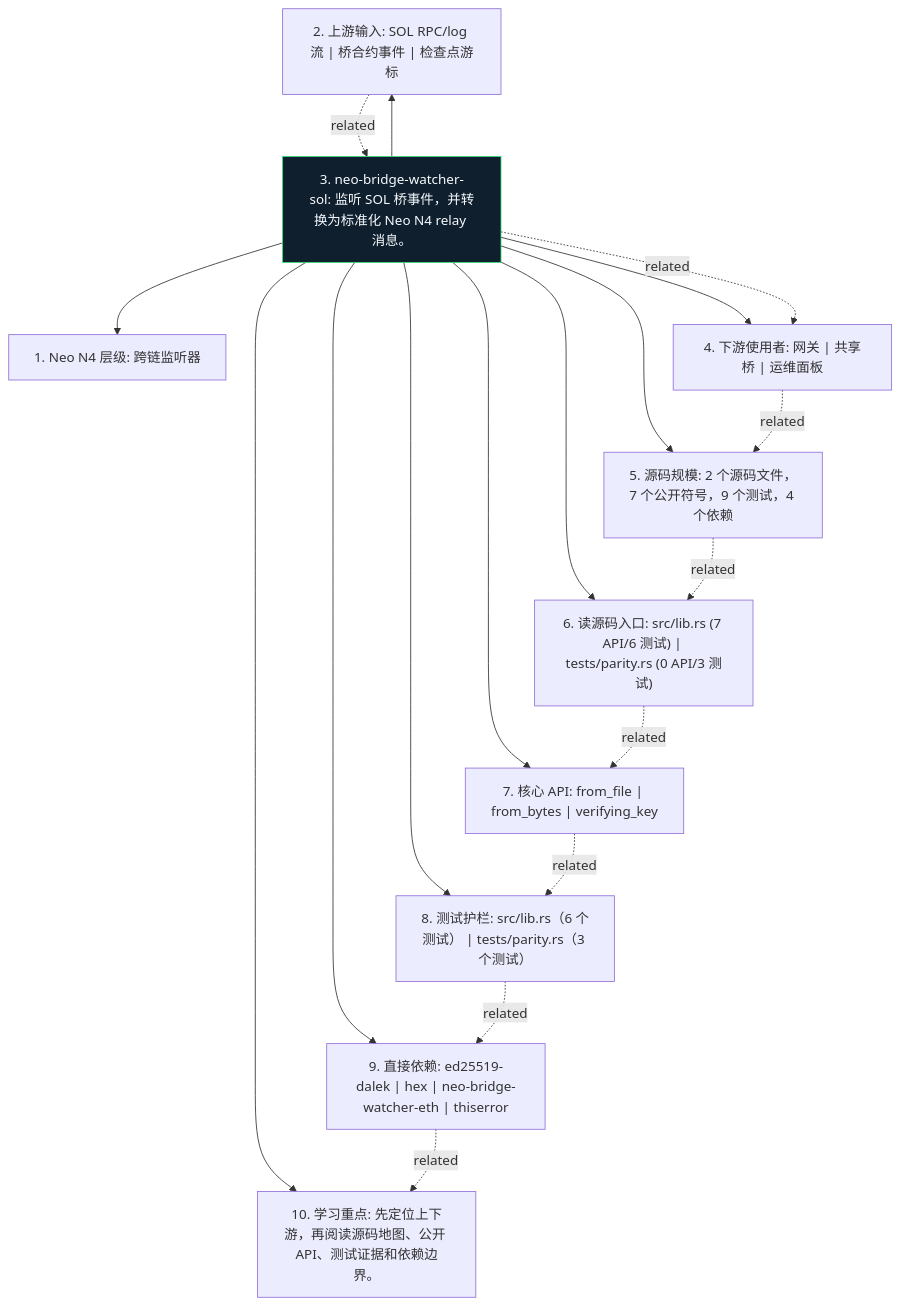
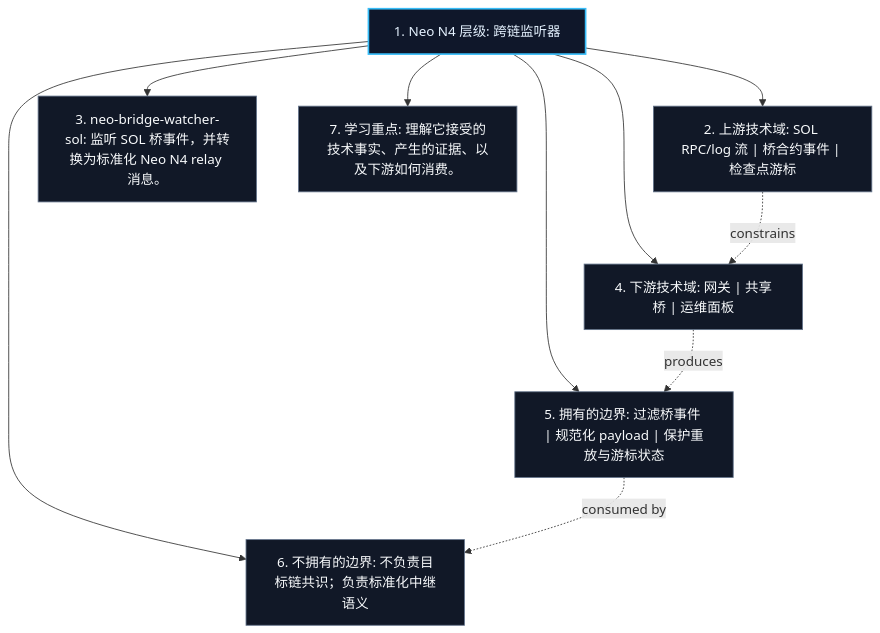
The diagram in watchers/neo-bridge-watcher-sol/docs/figures/position.zh.mmd (r3e-network/neo-n4), drawn with Mermaid before and after one commit. The commit also changed 515 other files, not shown here.

Commit message:
Replace crate diagrams with technical views

```diff
--- a/watchers/neo-bridge-watcher-sol/docs/figures/position.zh.mmd
+++ b/watchers/neo-bridge-watcher-sol/docs/figures/position.zh.mmd
@@ -1,30 +1,21 @@
 flowchart TB
     N1["1. Neo N4 层级: 跨链监听器"]
-    N2["2. 上游输入: SOL RPC/log 流 | 桥合约事件 | 检查点游标"]
+    N2["2. 上游技术域: SOL RPC/log 流 | 桥合约事件 | 检查点游标"]
     N3["3. neo-bridge-watcher-sol: 监听 SOL 桥事件，并转换为标准化 Neo N4 relay 消息。"]
-    N4["4. 下游使用者: 网关 | 共享桥 | 运维面板"]
-    N5["5. 源码规模: 2 个源码文件，7 个公开符号，9 个测试，4 个依赖"]
-    N6["6. 读源码入口: src/lib.rs (7 API/6 测试) | tests/parity.rs (0 API/3 测试)"]
-    N7["7. 核心 API: from_file | from_bytes | verifying_key"]
-    N8["8. 测试护栏: src/lib.rs（6 个测试） | tests/parity.rs（3 个测试）"]
-    N9["9. 直接依赖: ed25519-dalek | hex | neo-bridge-watcher-eth | thiserror"]
-    N10["10. 学习重点: 先定位上下游，再阅读源码地图、公开 API、测试证据和依赖边界。"]
-    N3 --> N1
-    N3 --> N2
-    N3 --> N4
-    N3 --> N5
-    N3 --> N6
-    N3 --> N7
-    N3 --> N8
-    N3 --> N9
-    N3 --> N10
-    N2 -. related .-> N3
-    N3 -. related .-> N4
-    N4 -. related .-> N5
-    N5 -. related .-> N6
-    N6 -. related .-> N7
-    N7 -. related .-> N8
-    N8 -. related .-> N9
-    N9 -. related .-> N10
-    classDef crate fill:#101f2d,stroke:#38d978,color:#f6fbff
-    class N3 crate
+    N4["4. 下游技术域: 网关 | 共享桥 | 运维面板"]
+    N5["5. 拥有的边界: 过滤桥事件 | 规范化 payload | 保护重放与游标状态"]
+    N6["6. 不拥有的边界: 不负责目标链共识；负责标准化中继语义"]
+    N7["7. 学习重点: 理解它接受的技术事实、产生的证据、以及下游如何消费。"]
+    N1 --> N2
+    N1 --> N3
+    N1 --> N4
+    N1 --> N5
+    N1 --> N6
+    N1 --> N7
+    N2 -. constrains .-> N4
+    N4 -. produces .-> N5
+    N5 -. consumed by .-> N6
+    classDef core fill:#0f172a,stroke:#38bdf8,color:#e5f2ff,stroke-width:2px;
+    classDef support fill:#111827,stroke:#64748b,color:#f8fafc;
+    class N1 core;
+    class N2,N3,N4,N5,N6,N7 support;
```
